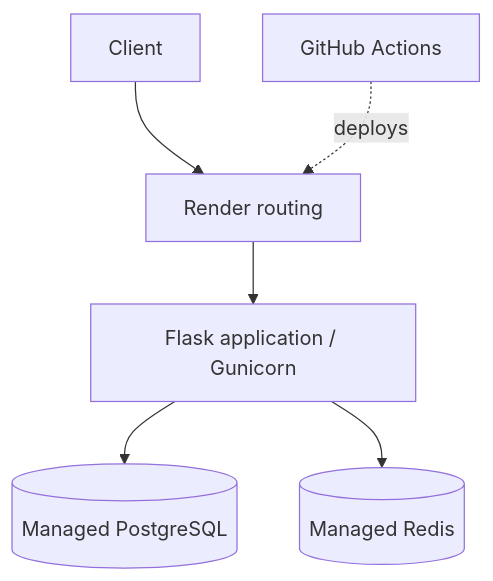
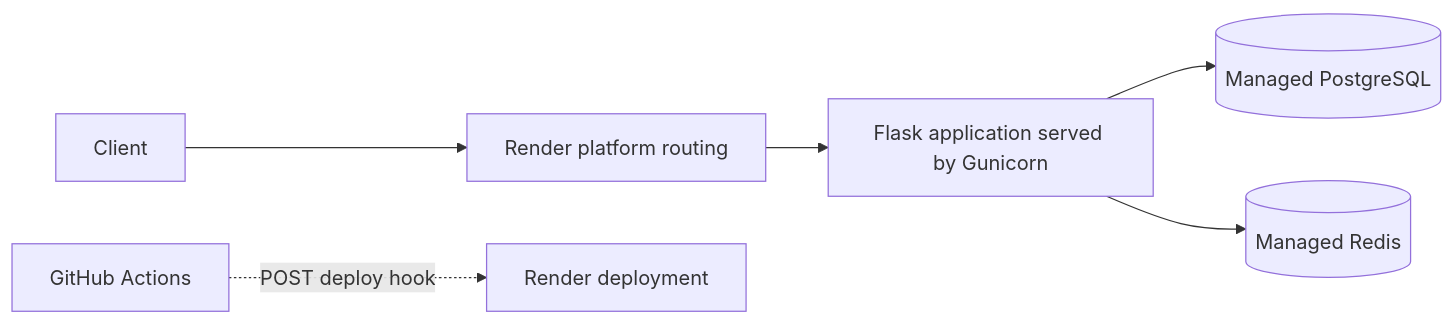
Before and after one commit to 2nothing4/ziad-devops-180: the second of 2 diagrams in README.md, drawn with Mermaid. The commit also changed other lines of this file, not shown here.

````diff
--- a/README.md
+++ b/README.md
@@ -78,8 +125,8 @@
 ```mermaid
-flowchart TD
-    U[Client] --> RENDER[Render routing]
-    RENDER --> GUNICORN[Flask application / Gunicorn]
-    GUNICORN --> PG[(Managed PostgreSQL)]
-    GUNICORN --> REDIS[(Managed Redis)]
-    GH[GitHub Actions] -. deploys .-> RENDER
+flowchart LR
+    CLIENT[Client] --> ROUTING[Render platform routing]
+    ROUTING --> APP[Flask application served by Gunicorn]
+    APP --> PG[(Managed PostgreSQL)]
+    APP --> REDIS[(Managed Redis)]
+    GH[GitHub Actions] -. POST deploy hook .-> RENDER[Render deployment]
 ```
````
